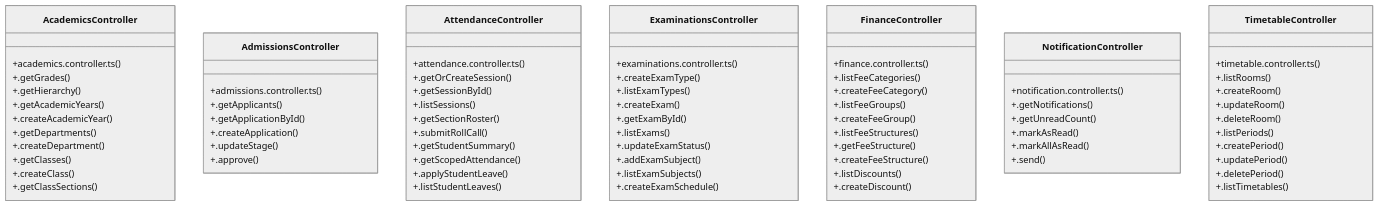
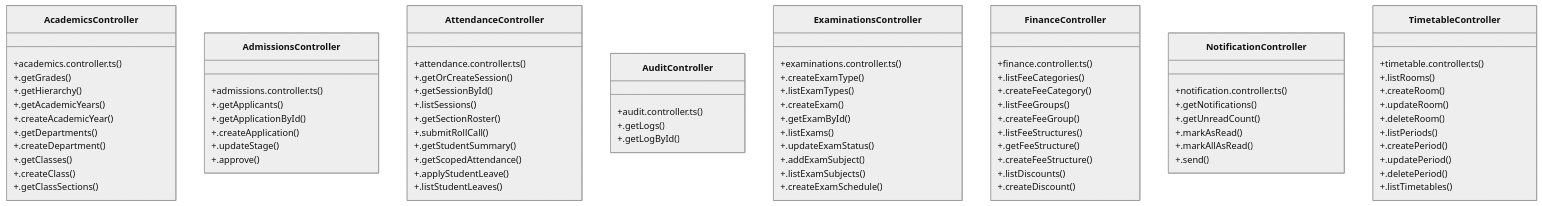
The diagram in graphify-out/wiki/[Document-_Vid_Database_Architecture_&_10._RBAC_-_Permissions]_Cluster.md (laxminivas06/vidforum), drawn with Mermaid (neutral theme) before and after one commit. The commit also changed other lines of this file and 199 other files, not shown here.

```diff
--- a/graphify-out/wiki/[Document-_Vid_Database_Architecture_&_10._RBAC_-_Permissions]_Cluster.md
+++ b/graphify-out/wiki/[Document-_Vid_Database_Architecture_&_10._RBAC_-_Permissions]_Cluster.md
@@ -66,6 +66,11 @@
         +.getScopedAttendance()
         +.applyStudentLeave()
         +.listStudentLeaves()
+    }
+    class AuditController {
+        +audit.controller.ts()
+        +.getLogs()
+        +.getLogById()
     }
     class ExaminationsController {
         +examinations.controller.ts()
```
